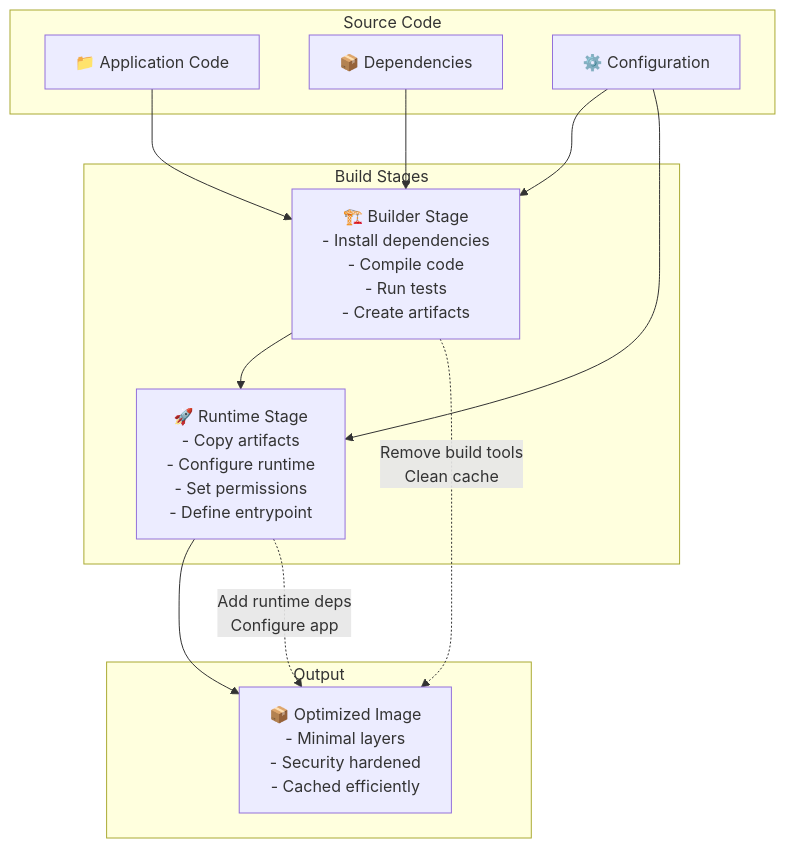
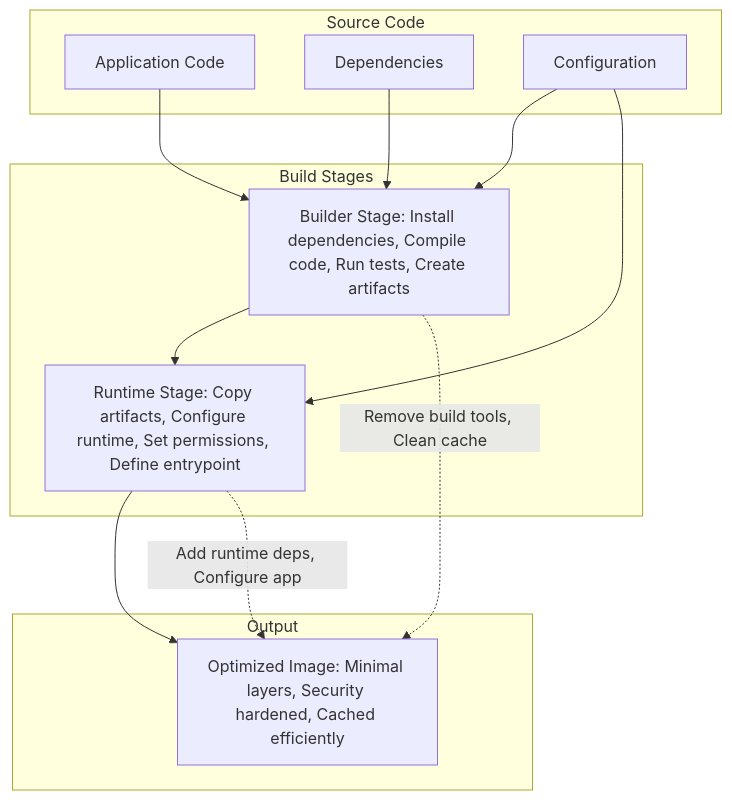
The fourth of 12 diagrams in README.md (docxology/codomyrmex), drawn with Mermaid before and after one commit. The commit also changed other lines of this file and 21 other files, not shown here.

````diff
--- a/README.md
+++ b/README.md
@@ -430,28 +475,28 @@
 ```mermaid
 graph TD
-    subgraph "Source Code"
-        AppCode[📁 Application Code]
-        Dependencies[📦 Dependencies]
-        ConfigFiles[⚙️ Configuration]
+    subgraph sourceCode ["Source Code"]
+        AppCode["Application Code"]
+        Dependencies["Dependencies"]
+        ConfigFiles["Configuration"]
     end
 
-    subgraph "Build Stages"
-        Builder["🏗️ Builder Stage<br/>- Install dependencies<br/>- Compile code<br/>- Run tests<br/>- Create artifacts"]
-        Runtime["🚀 Runtime Stage<br/>- Copy artifacts<br/>- Configure runtime<br/>- Set permissions<br/>- Define entrypoint"]
+    subgraph buildStages ["Build Stages"]
+        Builder["Builder Stage: Install dependencies, Compile code, Run tests, Create artifacts"]
+        Runtime["Runtime Stage: Copy artifacts, Configure runtime, Set permissions, Define entrypoint"]
     end
 
-    subgraph "Output"
-        OptimizedImage["📦 Optimized Image<br/>- Minimal layers<br/>- Security hardened<br/>- Cached efficiently"]
+    subgraph output ["Output"]
+        OptimizedImage["Optimized Image: Minimal layers, Security hardened, Cached efficiently"]
     end
 
     AppCode --> Builder
     Dependencies --> Builder
     ConfigFiles --> Builder
     ConfigFiles --> Runtime
 
     Builder --> Runtime
     Runtime --> OptimizedImage
 
-    Builder -.->|"Remove build tools<br/>Clean cache"| OptimizedImage
-    Runtime -.->|"Add runtime deps<br/>Configure app"| OptimizedImage
+    Builder -.->|"Remove build tools, Clean cache"| OptimizedImage
+    Runtime -.->|"Add runtime deps, Configure app"| OptimizedImage
 ```
````
